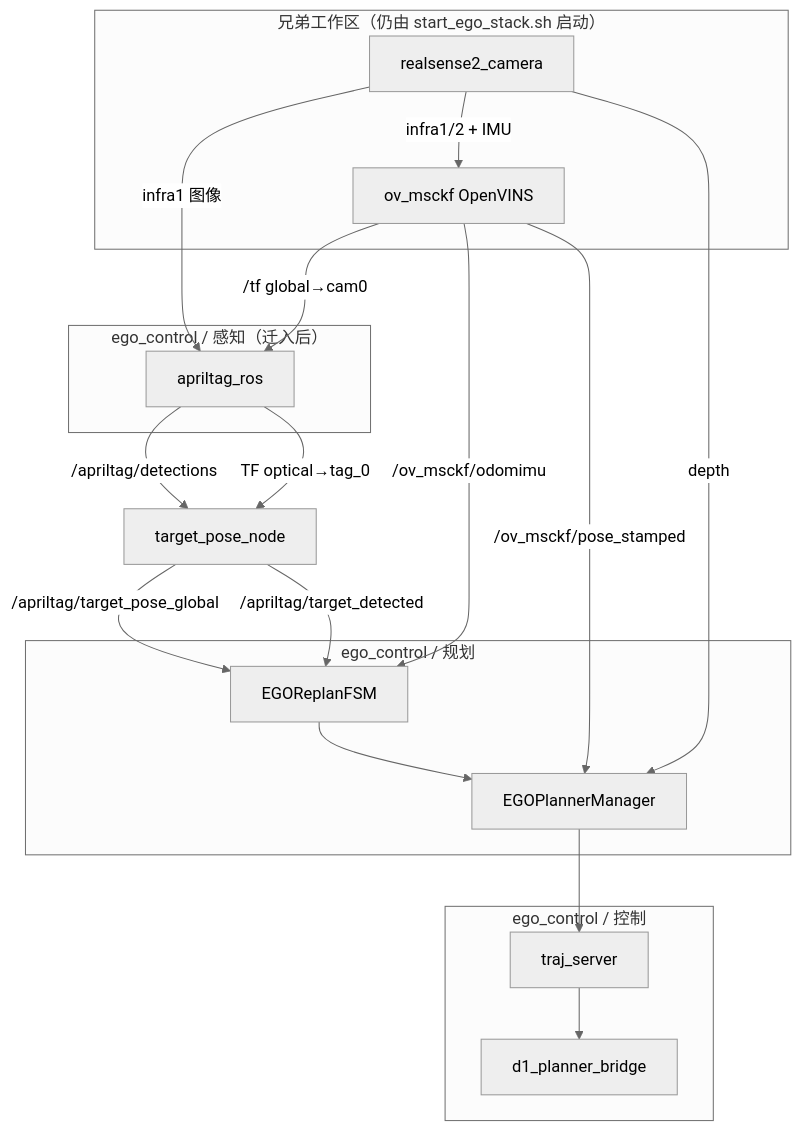
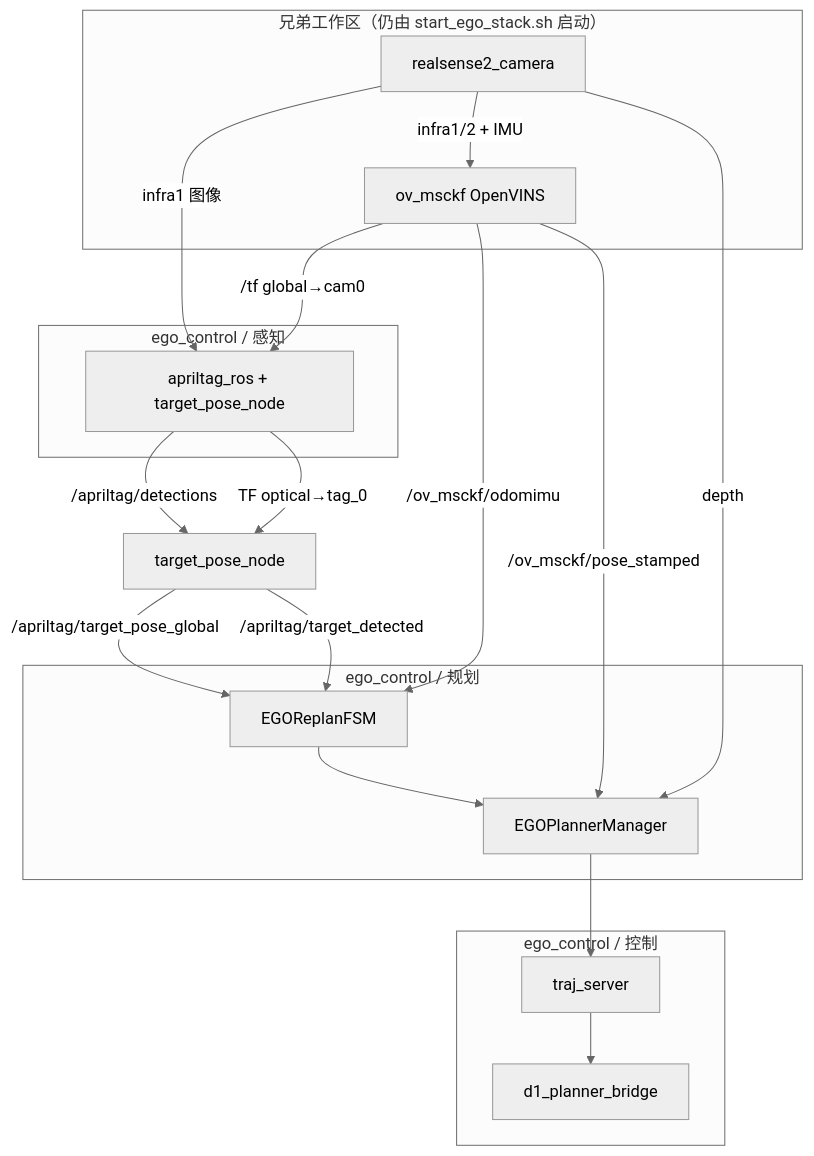
One commit to h6angel/d1pro changed the diagram in docs/04_apriltag_integration.md. Above: the diagram before and after it, drawn with Mermaid (neutral theme). The commit also changed other lines of this file and 8 other files, not shown here.

````diff
--- a/docs/04_apriltag_integration.md
+++ b/docs/04_apriltag_integration.md
@@ -94,35 +89,35 @@
 ```mermaid
 flowchart TB
   subgraph ext["兄弟工作区（仍由 start_ego_stack.sh 启动）"]
     RS["realsense2_camera"]
     OV["ov_msckf OpenVINS"]
   end
 
-  subgraph ego_perception["ego_control / 感知（迁入后）"]
-    AT["apriltag_ros"]
+  subgraph ego_perception["ego_control / 感知"]
+    AT["apriltag_ros + target_pose_node"]
   end
 
   subgraph ego_plan["ego_control / 规划"]
     FSM["EGOReplanFSM"]
     PM["EGOPlannerManager"]
   end
 
   subgraph ego_ctrl["ego_control / 控制"]
     TS["traj_server"]
     BR["d1_planner_bridge"]
   end
 
   RS -->|infra1 图像| AT
   RS -->|infra1/2 + IMU| OV
   OV -->|/tf global→cam0| AT
   AT -->|/apriltag/detections| TP["target_pose_node"]
   AT -->|TF optical→tag_0| TP
   TP -->|/apriltag/target_pose_global| FSM
   TP -->|/apriltag/target_detected| FSM
 
   OV -->|/ov_msckf/odomimu| FSM
   OV -->|/ov_msckf/pose_stamped| PM
   RS -->|depth| PM
   FSM --> PM
   PM --> TS --> BR
 ```
````
